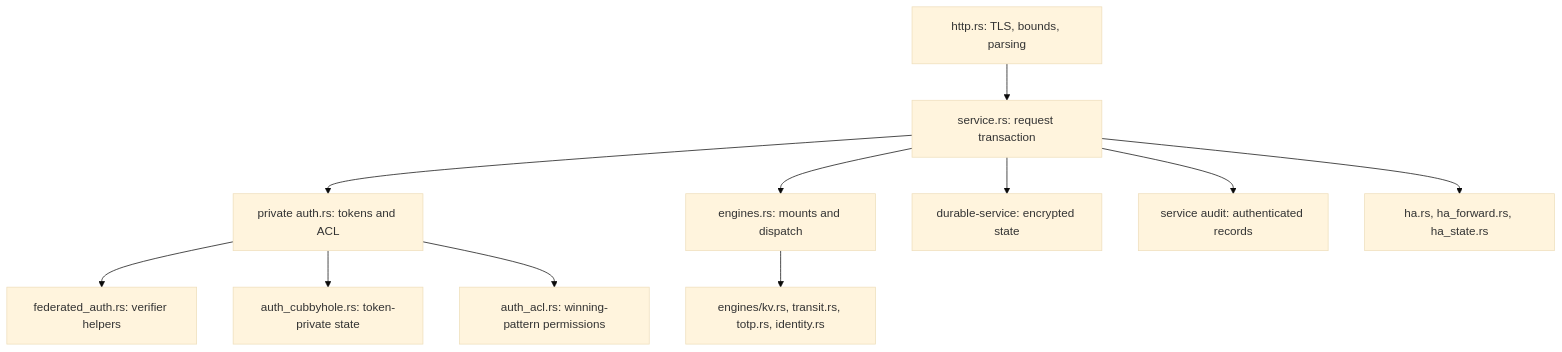
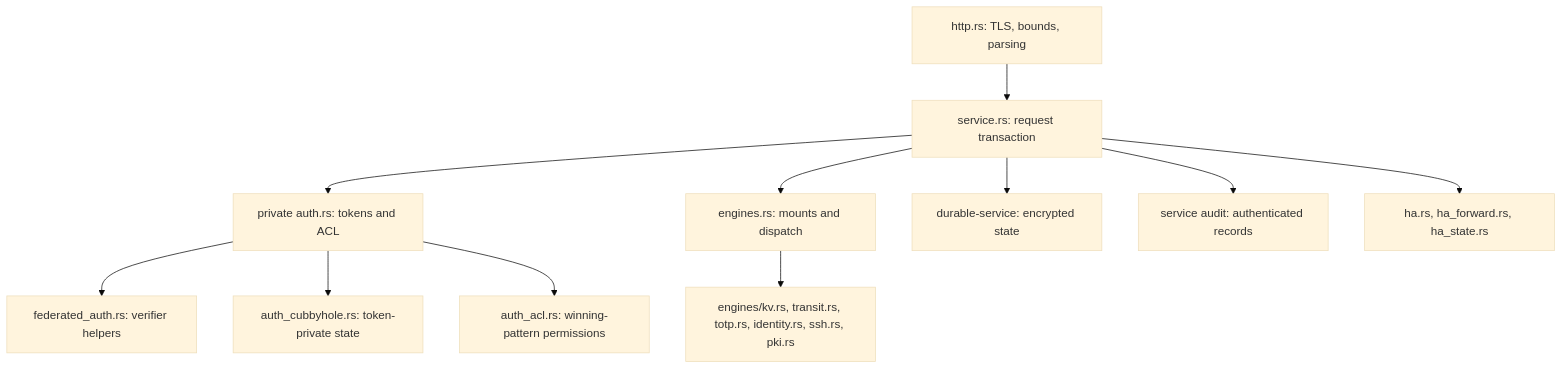
One commit to TrillionniumFoundation/HeptaBao changed the second of 2 diagrams in docs/architecture/HEPTABAO_CURRENT_RUNTIME_ARCHITECTURE.md. Above: the diagram before and after it, drawn with Mermaid (base theme). The commit also changed other lines of this file and 6 other files, not shown here.

````diff
--- a/docs/architecture/HEPTABAO_CURRENT_RUNTIME_ARCHITECTURE.md
+++ b/docs/architecture/HEPTABAO_CURRENT_RUNTIME_ARCHITECTURE.md
@@ -21,13 +21,13 @@
 ```mermaid
 flowchart TD
     Wire["http.rs: TLS, bounds, parsing"] --> Tx["service.rs: request transaction"]
     Tx --> Auth["private auth.rs: tokens and ACL"]
     Auth --> Login["federated_auth.rs: verifier helpers"]
     Auth --> Cubbyhole["auth_cubbyhole.rs: token-private state"]
     Auth --> ACL["auth_acl.rs: winning-pattern permissions"]
     Tx --> Engines["engines.rs: mounts and dispatch"]
-    Engines --> Backends["engines/kv.rs, transit.rs, totp.rs, identity.rs"]
+    Engines --> Backends["engines/kv.rs, transit.rs, totp.rs, identity.rs, ssh.rs, pki.rs"]
     Tx --> Storage["durable-service: encrypted state"]
     Tx --> Audit["service audit: authenticated records"]
     Tx --> HA["ha.rs, ha_forward.rs, ha_state.rs"]
 ```
````
